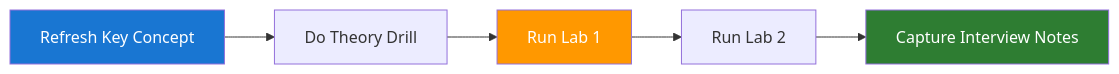
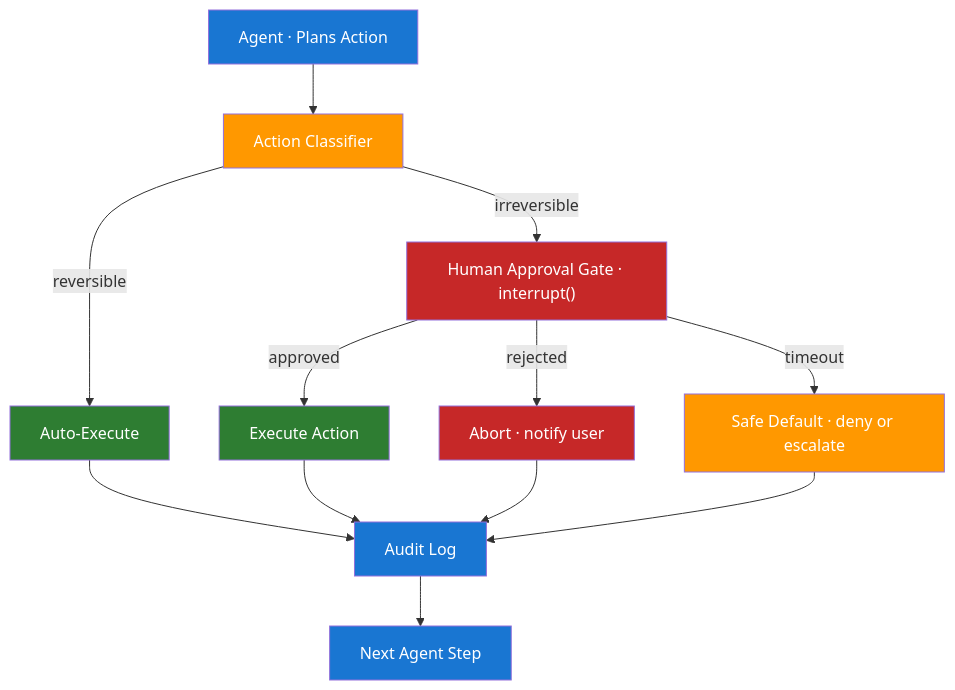
Before and after one commit to nitinkc/AI-Engineering-Learning: the diagram in docs/01-foundations/learning-revision-plan/week-02/day-12-human-in-the-loop-and-approvals.md, drawn with Mermaid. The commit also changed other lines of this file and 48 other files, not shown here.

````diff
--- a/docs/01-foundations/learning-revision-plan/week-02/day-12-human-in-the-loop-and-approvals.md
+++ b/docs/01-foundations/learning-revision-plan/week-02/day-12-human-in-the-loop-and-approvals.md
@@ -58,11 +97,24 @@
 ```mermaid
-graph LR
-    A["Refresh Key Concept"] --> B["Do Theory Drill"]
-    B --> C["Run Lab 1"]
-    C --> D["Run Lab 2"]
-    D --> E["Capture Interview Notes"]
+graph TD
+    AG["Agent · Plans Action"] --> CLASS["Action Classifier"]
+    CLASS -->|"reversible"| AUTO["Auto-Execute"]
+    CLASS -->|"irreversible"| GATE["Human Approval Gate · interrupt()"]
+    GATE -->|"approved"| EXEC["Execute Action"]
+    GATE -->|"rejected"| ABORT["Abort · notify user"]
+    GATE -->|"timeout"| SAFE["Safe Default · deny or escalate"]
+    AUTO --> LOG["Audit Log"]
+    EXEC --> LOG
+    ABORT --> LOG
+    SAFE --> LOG
+    LOG --> NEXT["Next Agent Step"]
 
-    style A fill:#1976d2,color:#fff
-    style C fill:#ff9800,color:#fff
-    style E fill:#2e7d32,color:#fff
+    style AG fill:#1976d2,color:#fff
+    style CLASS fill:#ff9800,color:#fff
+    style GATE fill:#c62828,color:#fff
+    style AUTO fill:#2e7d32,color:#fff
+    style EXEC fill:#2e7d32,color:#fff
+    style ABORT fill:#c62828,color:#fff
+    style SAFE fill:#ff9800,color:#fff
+    style LOG fill:#1976d2,color:#fff
+    style NEXT fill:#1976d2,color:#fff
 ```
````
